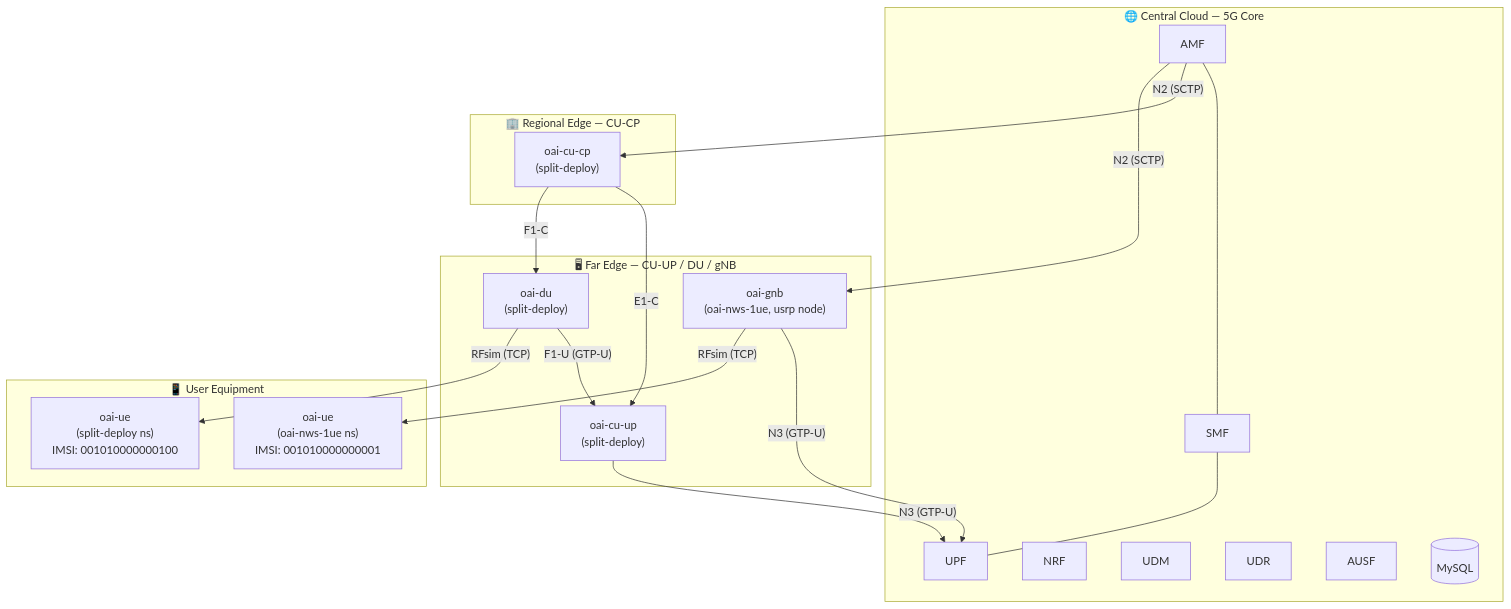
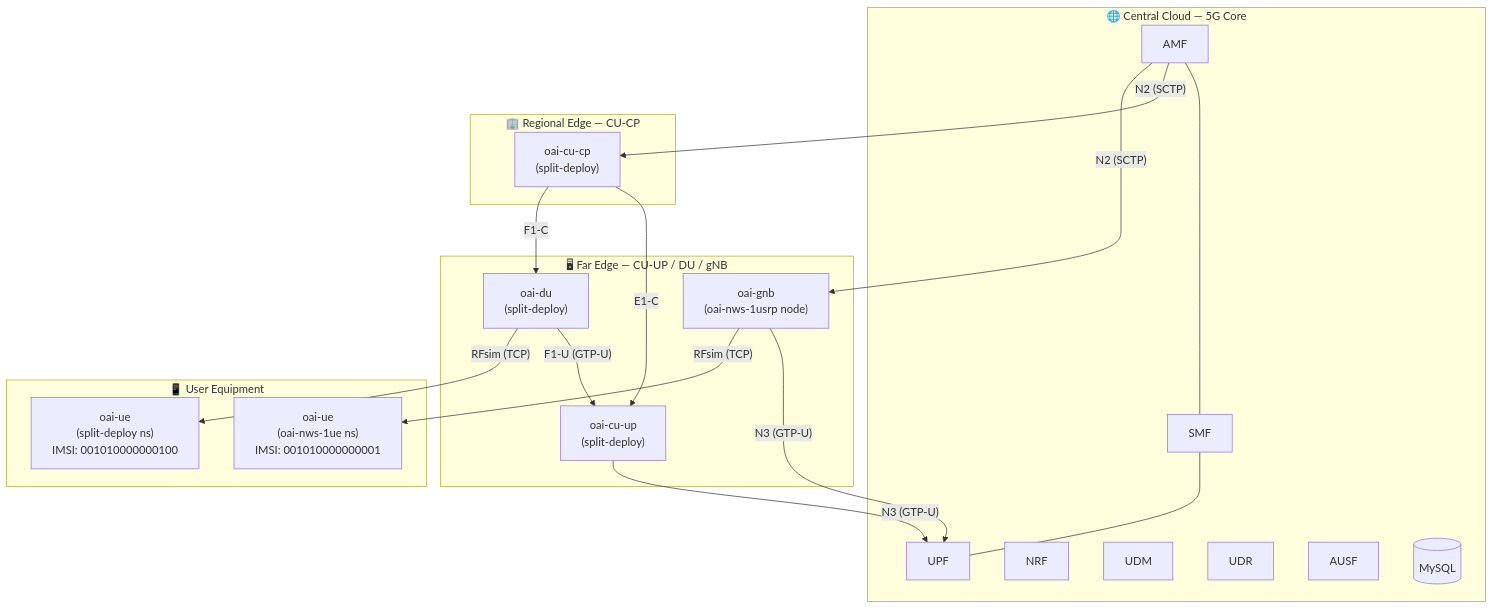
One commit to FCCLab/INA-Infra changed the diagram in docs/oai-deployment.md. Above: the diagram before and after it, drawn with Mermaid. The commit also changed 108 other files, not shown here.

````diff
--- a/docs/oai-deployment.md
+++ b/docs/oai-deployment.md
@@ -11,45 +11,45 @@
 ```mermaid
 graph TD
     subgraph central-0 [" 🌐 Central Cloud — 5G Core"]
         AMF[AMF]
         SMF[SMF]
         UPF[UPF]
         NRF[NRF]
         UDM[UDM]
         UDR[UDR]
         AUSF[AUSF]
         MySQL[(MySQL)]
     end
 
     subgraph regional-0 ["🏢 Regional Edge — CU-CP"]
         CUCP["oai-cu-cp\n(split-deploy)"]
     end
 
     subgraph edge-0 ["🖥 Far Edge — CU-UP / DU / gNB"]
         CUUP["oai-cu-up\n(split-deploy)"]
         DU["oai-du\n(split-deploy)"]
-        GNB["oai-gnb\n(oai-nws-1ue, usrp node)"]
+        GNB["oai-gnb\n(oai-nws-1usrp node)"]
     end
 
     subgraph ue-0 ["📱 User Equipment"]
         UE1["oai-ue\n(split-deploy ns)\nIMSI: 001010000000100"]
         UE2["oai-ue\n(oai-nws-1ue ns)\nIMSI: 001010000000001"]
     end
 
     %% Core internal
     AMF --- SMF
     SMF --- UPF
 
     %% Split-deploy slice (top-down)
     AMF -- "N2 (SCTP)" --> CUCP
     CUCP -- "E1-C" --> CUUP
     CUCP -- "F1-C" --> DU
     DU -- "F1-U (GTP-U)" --> CUUP
     CUUP -- "N3 (GTP-U)" --> UPF
     DU -- "RFsim (TCP)" --> UE1
 
     %% oai-nws-1ue slice (top-down)
     AMF -- "N2 (SCTP)" --> GNB
     GNB -- "N3 (GTP-U)" --> UPF
     GNB -- "RFsim (TCP)" --> UE2
 ```
````
